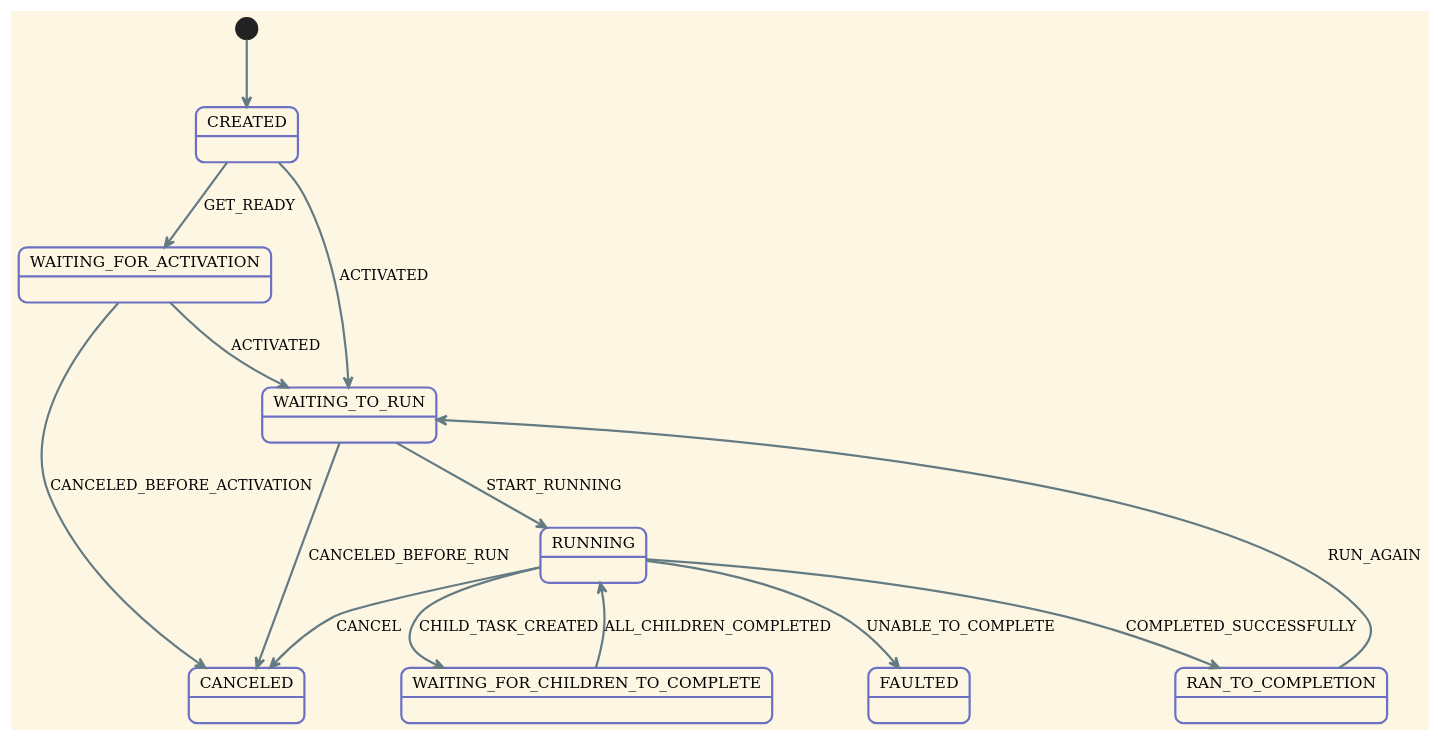
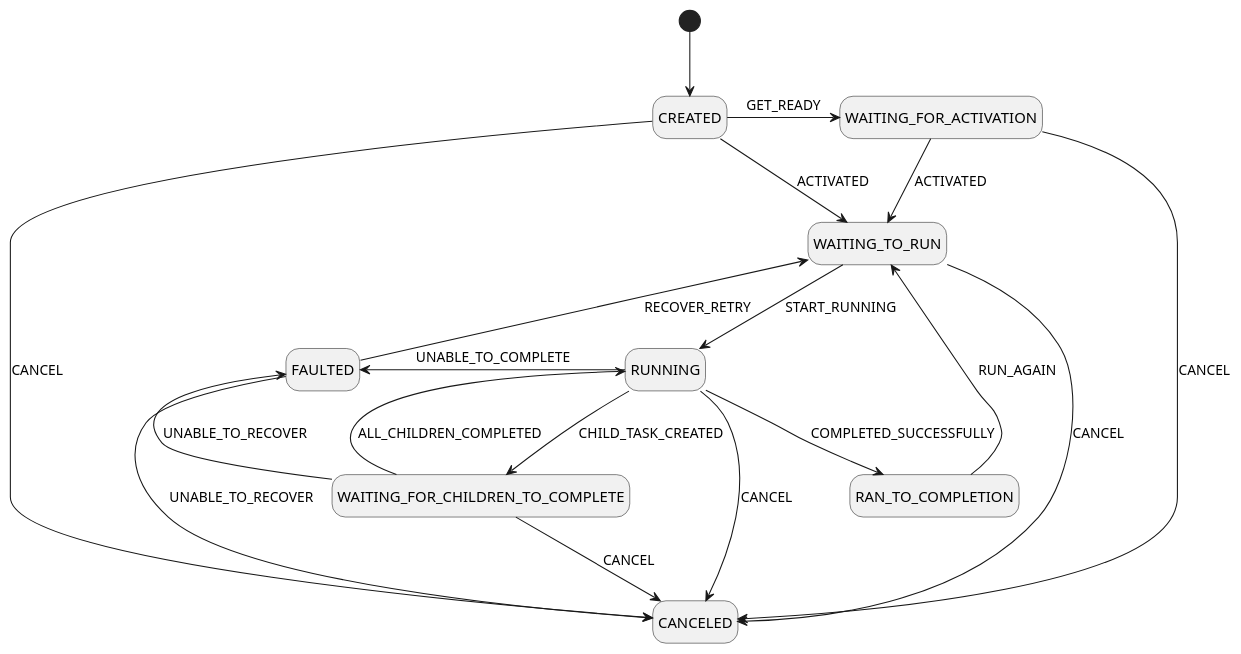
The diagram in GameVariable.Intent/IntentState.puml (IAFahim/GameVariable), drawn with PlantUML before and after one commit. The commit also changed 26 other files, not shown here.

```diff
--- a/GameVariable.Intent/IntentState.puml
+++ b/GameVariable.Intent/IntentState.puml
@@ -1,29 +1,38 @@
 @startuml
-!theme sunlust
+hide empty description
 
 /'! $CONFIG : toml
 SmRunnerSettings.transpilerId = "CSharp"
 '/
 
+' 1. The Happy Path
 [*] --> CREATED
+CREATED --> WAITING_TO_RUN : ACTIVATED
+WAITING_TO_RUN --> RUNNING : START_RUNNING
+RUNNING --> RAN_TO_COMPLETION : COMPLETED_SUCCESSFULLY
 
-CREATED --> WAITING_FOR_ACTIVATION : GET_READY
-CREATED --> WAITING_TO_RUN : ACTIVATED
+' 2. Loops and Retries
+RAN_TO_COMPLETION -up-> WAITING_TO_RUN : RUN_AGAIN
+FAULTED -up-> WAITING_TO_RUN : RECOVER_RETRY
 
+' 3. Side Processes
+CREATED -right-> WAITING_FOR_ACTIVATION : GET_READY
 WAITING_FOR_ACTIVATION --> WAITING_TO_RUN : ACTIVATED
 
-WAITING_TO_RUN --> RUNNING : START_RUNNING
-WAITING_TO_RUN --> CANCELED : CANCELED_BEFORE_RUN
+RUNNING -right-> WAITING_FOR_CHILDREN_TO_COMPLETE : CHILD_TASK_CREATED
+WAITING_FOR_CHILDREN_TO_COMPLETE -left-> RUNNING : ALL_CHILDREN_COMPLETED
 
-WAITING_FOR_ACTIVATION --> CANCELED : CANCELED_BEFORE_ACTIVATION
+' 4. Error Handling
+RUNNING -left-> FAULTED : UNABLE_TO_COMPLETE
+WAITING_FOR_CHILDREN_TO_COMPLETE --> FAULTED : UNABLE_TO_RECOVER
 
-RUNNING --> WAITING_FOR_CHILDREN_TO_COMPLETE : CHILD_TASK_CREATED
-RUNNING --> FAULTED : UNABLE_TO_COMPLETE
+' 5. Cancellation (The Sink)
+
+CREATED --> CANCELED : CANCEL
+WAITING_FOR_ACTIVATION --> CANCELED : CANCEL
+WAITING_TO_RUN --> CANCELED : CANCEL
 RUNNING --> CANCELED : CANCEL
-RUNNING --> RAN_TO_COMPLETION : COMPLETED_SUCCESSFULLY
-
-WAITING_FOR_CHILDREN_TO_COMPLETE --> RUNNING : ALL_CHILDREN_COMPLETED
-
-RAN_TO_COMPLETION --> WAITING_TO_RUN : RUN_AGAIN
+WAITING_FOR_CHILDREN_TO_COMPLETE --> CANCELED : CANCEL
+FAULTED --> CANCELED : UNABLE_TO_RECOVER
 
 @enduml
```
